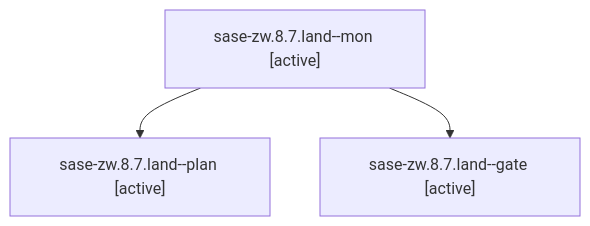
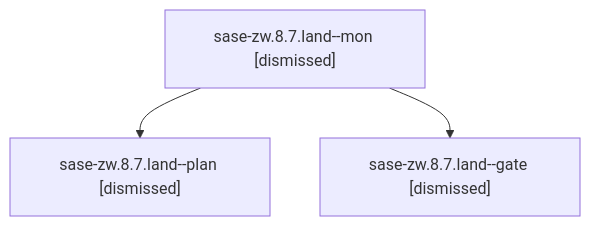
One commit to sase-org/sase--agents changed the diagram in sessions/bbugyi200.athena.sase-zw.8.7.land.md. Above: the diagram before and after it, drawn with Mermaid. The commit also changed other lines of this file and 122 other files, not shown here.

````diff
--- a/sessions/bbugyi200.athena.sase-zw.8.7.land.md
+++ b/sessions/bbugyi200.athena.sase-zw.8.7.land.md
@@ -9,8 +9,8 @@
 ```mermaid
 flowchart TD
-  n0["sase-zw.8.7.land--mon [active]"]
-  n1["sase-zw.8.7.land--plan [active]"]
+  n0["sase-zw.8.7.land--mon [dismissed]"]
+  n1["sase-zw.8.7.land--plan [dismissed]"]
   n0 --> n1
-  n2["sase-zw.8.7.land--gate [active]"]
+  n2["sase-zw.8.7.land--gate [dismissed]"]
   n0 --> n2
 ```
````
